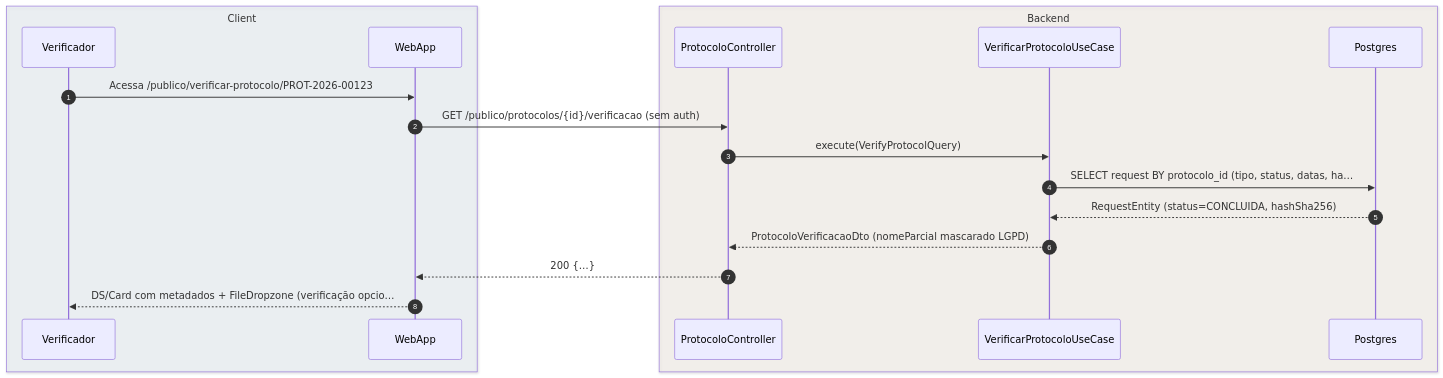
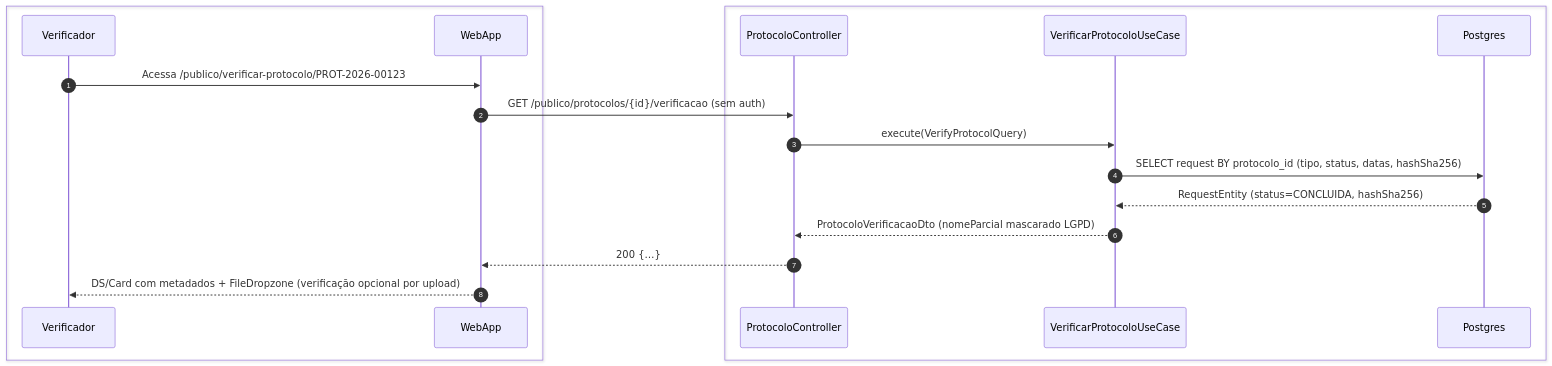
One commit to umishell/secretariaOnline2 changed the first of 4 diagrams in foundationDocs/sequenceDiagrams/F0 — Público/US-F0-006-VERIFICAR-PROTOCOLO.md. Above: the diagram before and after it, drawn with Mermaid. The commit also changed other lines of this file and 70 other files, not shown here.

First line of the commit message:
Enhance database documentation and introduce new schema files

````diff
--- a/foundationDocs/sequenceDiagrams/F0 — Público/US-F0-006-VERIFICAR-PROTOCOLO.md
+++ b/foundationDocs/sequenceDiagrams/F0 — Público/US-F0-006-VERIFICAR-PROTOCOLO.md
@@ -49,22 +49,22 @@
 ```mermaid
 sequenceDiagram
     autonumber
-    box rgba(230,245,255,0.3) Client
+    box #e8f4fc Cliente
         participant Verificador
         participant WebApp
     end
-    box rgba(255,245,230,0.3) Backend
+    box #fff8ee Servidor
         participant AC as ProtocoloController
         participant UC as VerificarProtocoloUseCase
         participant DB as Postgres
     end
 
     Verificador->>WebApp: Acessa /publico/verificar-protocolo/PROT-2026-00123
     WebApp->>AC: GET /publico/protocolos/{id}/verificacao (sem auth)
     AC->>UC: execute(VerifyProtocolQuery)
-    UC->>DB: SELECT request BY protocolo_id (tipo, status, datas, ha…
+    UC->>DB: SELECT request BY protocolo_id (tipo, status, datas, hashSha256)
     DB-->>UC: RequestEntity (status=CONCLUIDA, hashSha256)
     UC-->>AC: ProtocoloVerificacaoDto (nomeParcial mascarado LGPD)
     AC-->>WebApp: 200 {…}
-    WebApp-->>Verificador: DS/Card com metadados + FileDropzone (verificação opcio…
+    WebApp-->>Verificador: DS/Card com metadados + FileDropzone (verificação opcional por upload)
 ```
````
